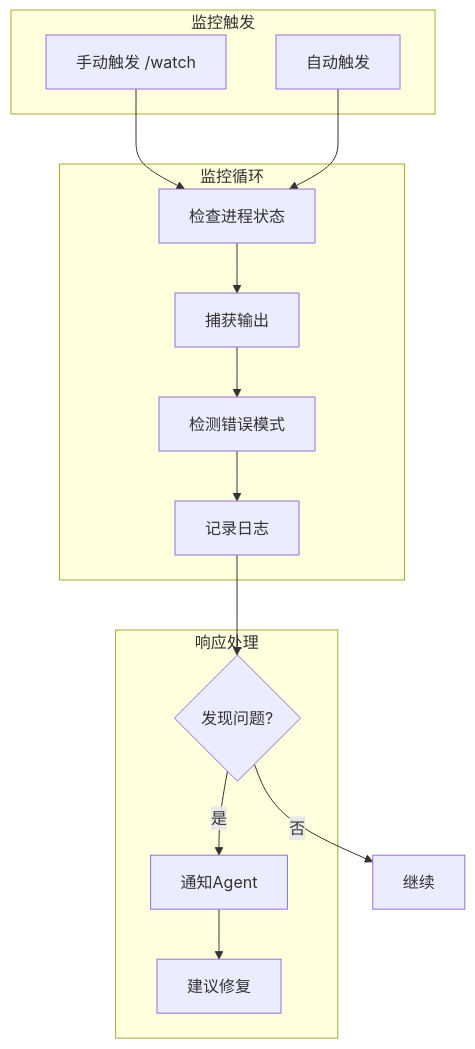
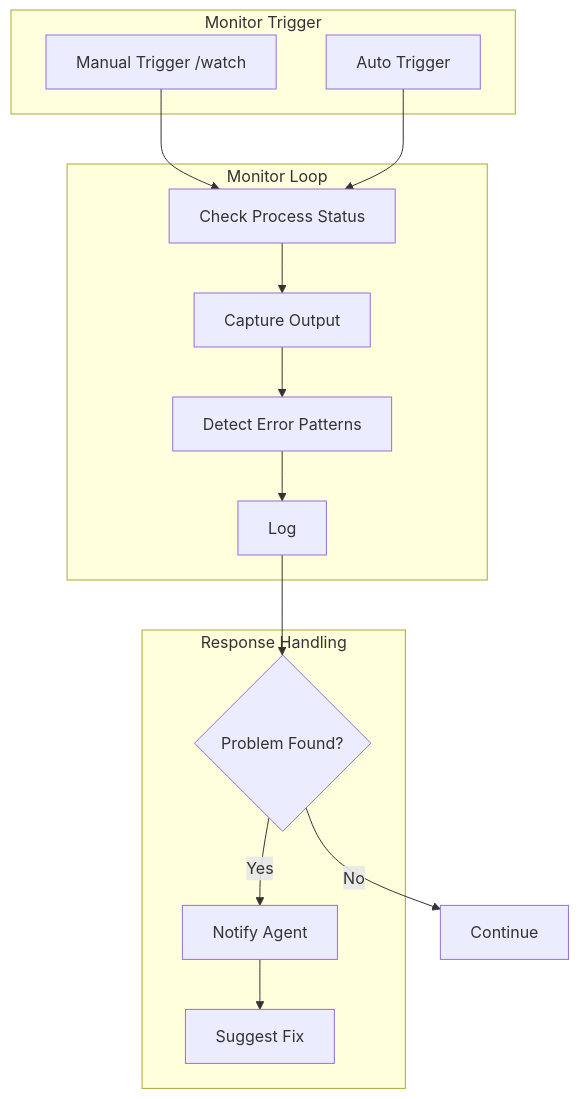
Before and after one commit to dyu55/My-Agent: the seventh of 11 diagrams in ROADMAP.md, drawn with Mermaid. The commit also changed other lines of this file and 2 other files, not shown here.

````diff
--- a/ROADMAP.md
+++ b/ROADMAP.md
@@ -203,25 +202,25 @@
 ```mermaid
 flowchart TD
-    subgraph 监控触发["监控触发"]
-        W1[手动触发 /watch]
-        W2[自动触发]
+    subgraph MonitorTrigger["Monitor Trigger"]
+        W1[Manual Trigger /watch]
+        W2[Auto Trigger]
     end
 
-    subgraph 监控循环["监控循环"]
-        M1[检查进程状态]
-        M2[捕获输出]
-        M3[检测错误模式]
-        M4[记录日志]
+    subgraph MonitorLoop["Monitor Loop"]
+        M1[Check Process Status]
+        M2[Capture Output]
+        M3[Detect Error Patterns]
+        M4[Log]
     end
 
-    subgraph 响应处理["响应处理"]
-        R1{发现问题?}
-        R2[通知Agent]
-        R3[建议修复]
+    subgraph ResponseHandling["Response Handling"]
+        R1{Problem Found?}
+        R2[Notify Agent]
+        R3[Suggest Fix]
     end
 
     W1 & W2 --> M1 --> M2 --> M3 --> M4
     M4 --> R1
-    R1 -- 是 --> R2 --> R3
-    R1 -- 否 --> 继续
+    R1 -- Yes --> R2 --> R3
+    R1 -- No --> Continue
 ```
````
